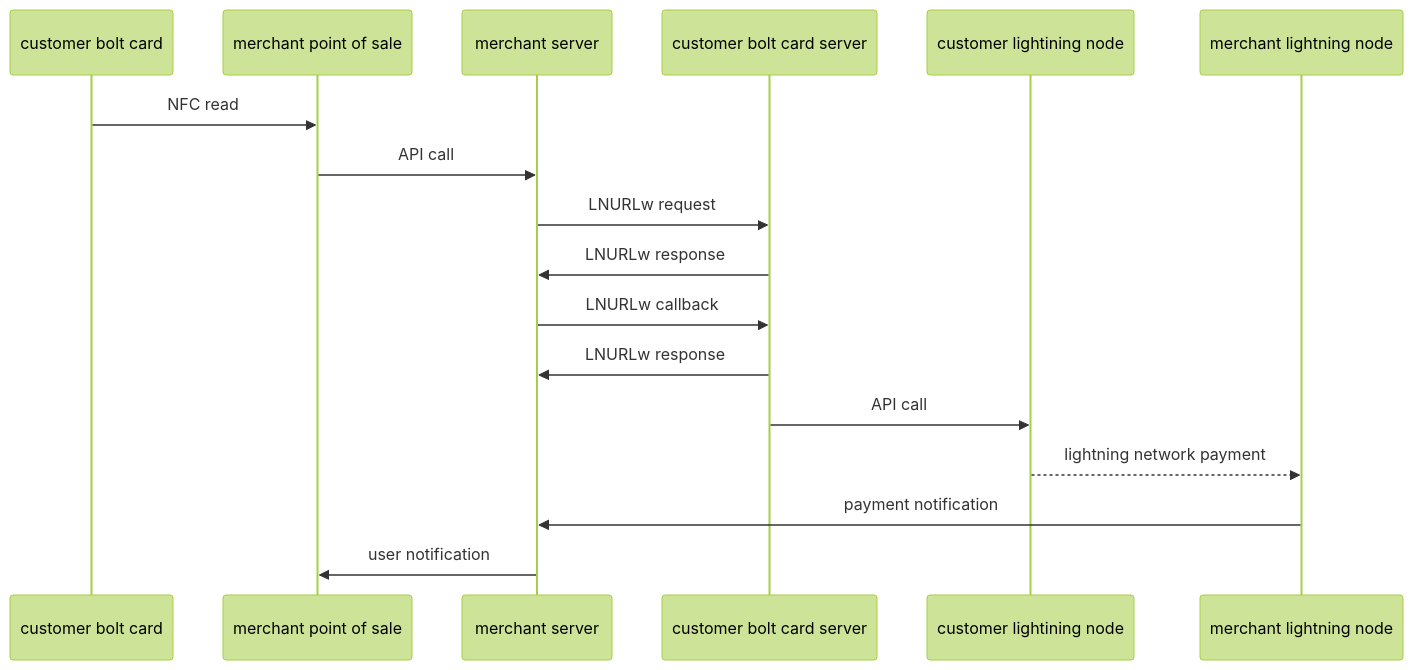
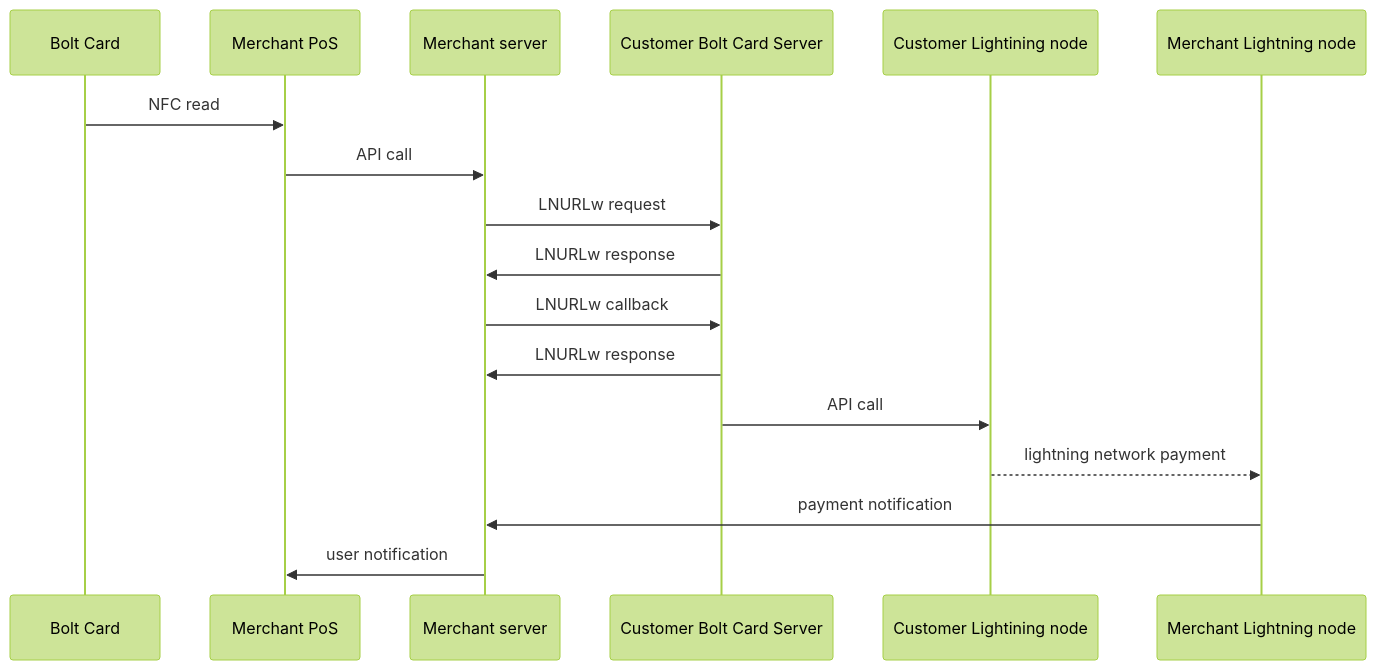
One commit to robertclarkson/mockend changed the diagram in system.MD. Above: the diagram before and after it, drawn with Mermaid (forest theme).

````diff
--- a/system.MD
+++ b/system.MD
@@ -3,19 +3,19 @@
 ```mermaid
 sequenceDiagram
-    participant p1 as customer bolt card
-    participant p2 as merchant point of sale
-    participant p3 as merchant server
-    participant p4 as customer bolt card server
-    participant p5 as customer lightining node
-    participant p6 as merchant lightning node
+    participant p1 as Bolt Card
+    participant p2 as Merchant PoS
+    participant p3 as Merchant server
+    participant p4 as Customer Bolt Card Server
+    participant p5 as Customer Lightining node
+    participant p6 as Merchant Lightning node
     p1->>p2: NFC read
     p2->>p3: API call
     p3->>p4: LNURLw request
     p4->>p3: LNURLw response
     p3->>p4: LNURLw callback
     p4->>p3: LNURLw response
     p4->>p5: API call
     p5-->>p6: lightning network payment
     p6->>p3: payment notification
     p3->>p2: user notification
 ```
````
